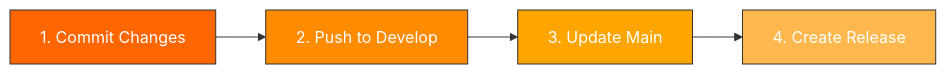
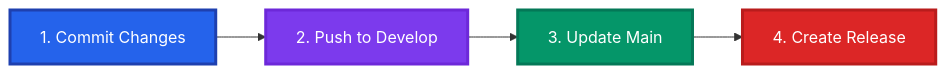
Before and after one commit to JosephMatino/MultiAiFilePaster: the diagram in docs/internal/GIT_WORKFLOW.md, drawn with Mermaid. The commit also changed 3 other files, not shown here.

Commit message:
Fix Mermaid graph colors in GIT_WORKFLOW.md and PIPELINE_PROTECTION.md - professional blue/purple/green/red palette

````diff
--- a/docs/internal/GIT_WORKFLOW.md
+++ b/docs/internal/GIT_WORKFLOW.md
@@ -61,11 +61,11 @@
 ```mermaid
 graph LR
     A[1. Commit Changes] --> B[2. Push to Develop]
     B --> C[3. Update Main]
     C --> D[4. Create Release]
-    
-    style A fill:#ff6600,stroke:#333,color:#fff
-    style B fill:#ff8c00,stroke:#333,color:#fff
-    style C fill:#ffa500,stroke:#333,color:#fff
-    style D fill:#ffb84d,stroke:#333,color:#fff
+
+    style A fill:#2563eb,stroke:#1e40af,stroke-width:3px,color:#fff
+    style B fill:#7c3aed,stroke:#6d28d9,stroke-width:3px,color:#fff
+    style C fill:#059669,stroke:#047857,stroke-width:3px,color:#fff
+    style D fill:#dc2626,stroke:#b91c1c,stroke-width:3px,color:#fff
 ```
````
